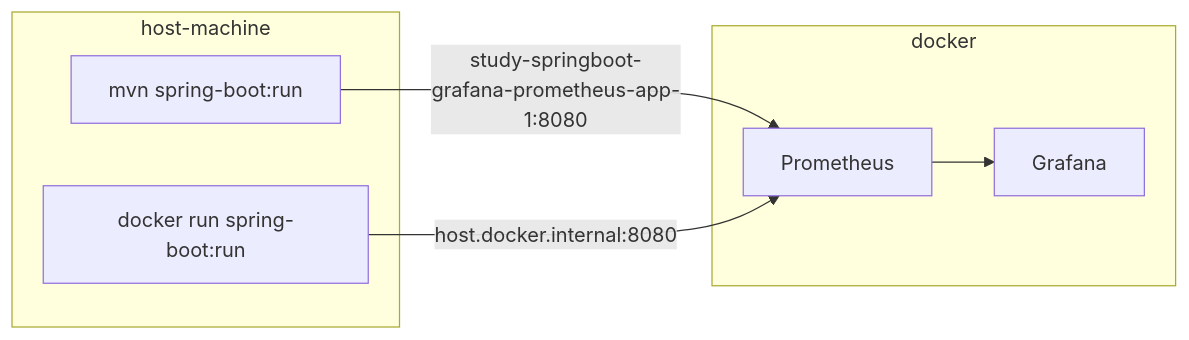
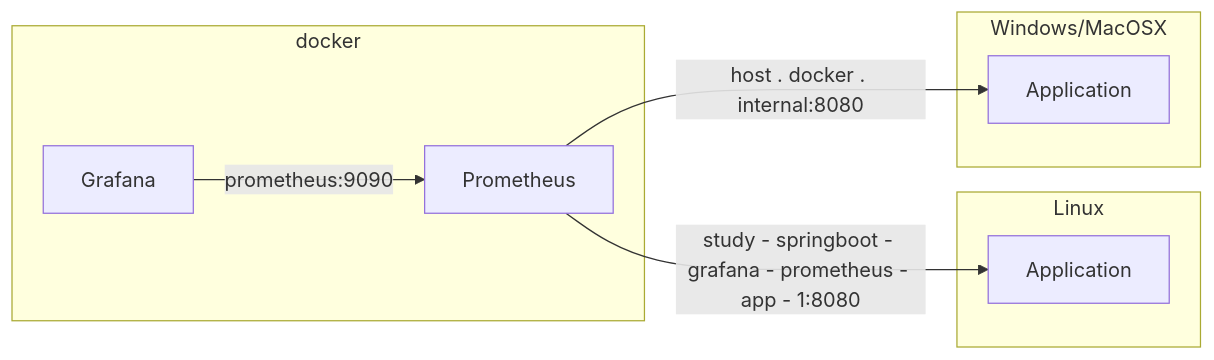
Before and after one commit to marciovmartins/study-springboot-grafana-prometheus: the diagram in README.md, drawn with Mermaid. The commit also changed other lines of this file, not shown here.

Commit message:
Fixed mermaid diagram

````diff
--- a/README.md
+++ b/README.md
@@ -51,13 +51,16 @@
 ```mermaid
 graph LR
-    subgraph host-machine
-        A[mvn spring-boot:run]
-        B[docker run spring-boot:run]
+    subgraph Linux
+        A[Application]
     end
-    
+
+    subgraph Windows/MacOSX
+        B[Application]
+    end
+
     subgraph docker
-        A -- study-springboot-grafana-prometheus-app-1:8080 --> P[Prometheus]
-        B -- host.docker.internal:8080 --> P[Prometheus]
-        P --> G[Grafana]
+        P[Prometheus] -- study - springboot - grafana - prometheus - app - 1:8080 --> A
+        P[Prometheus] -- host . docker . internal:8080 --> B
+        G[Grafana] -- prometheus:9090 --> P
     end
 ```
````
